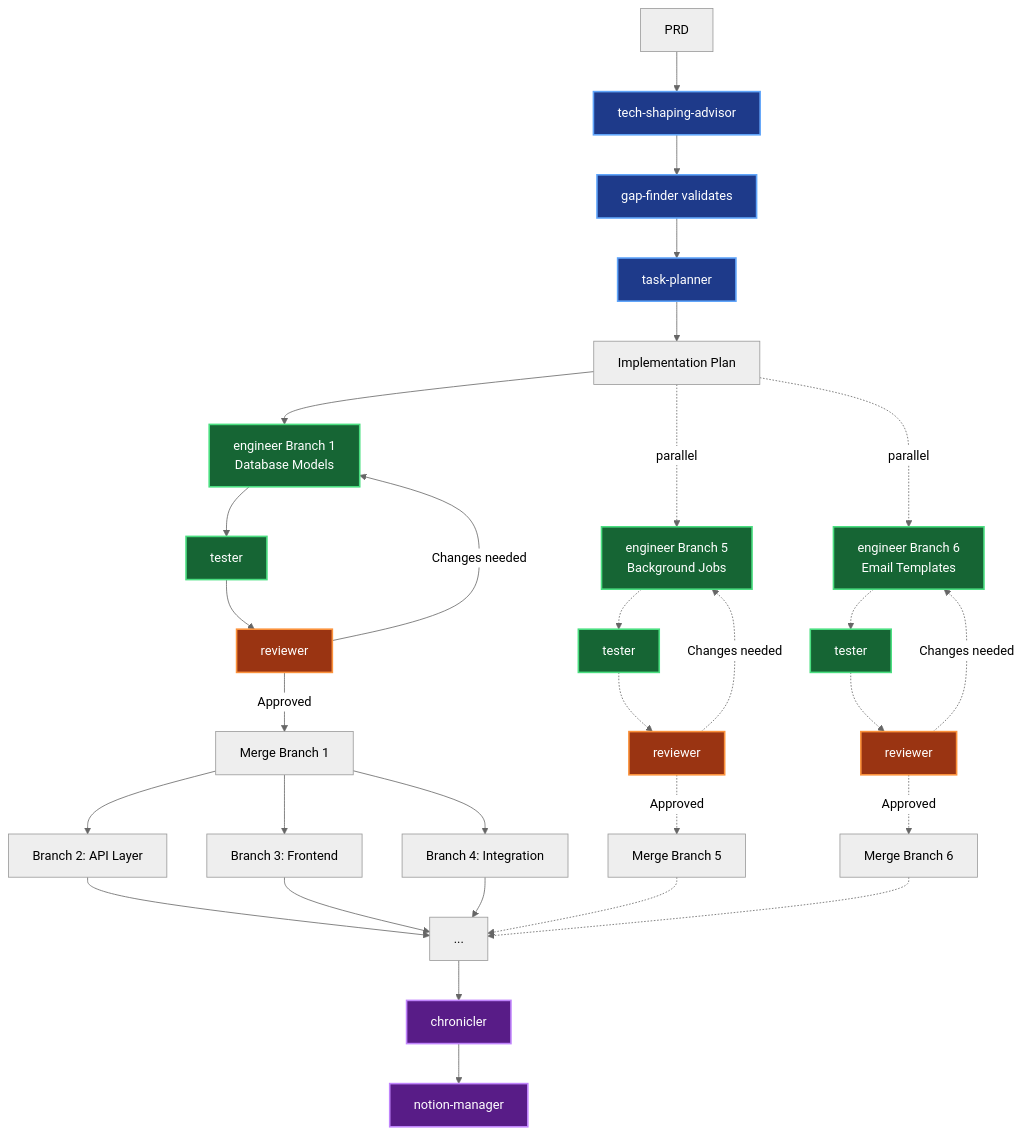
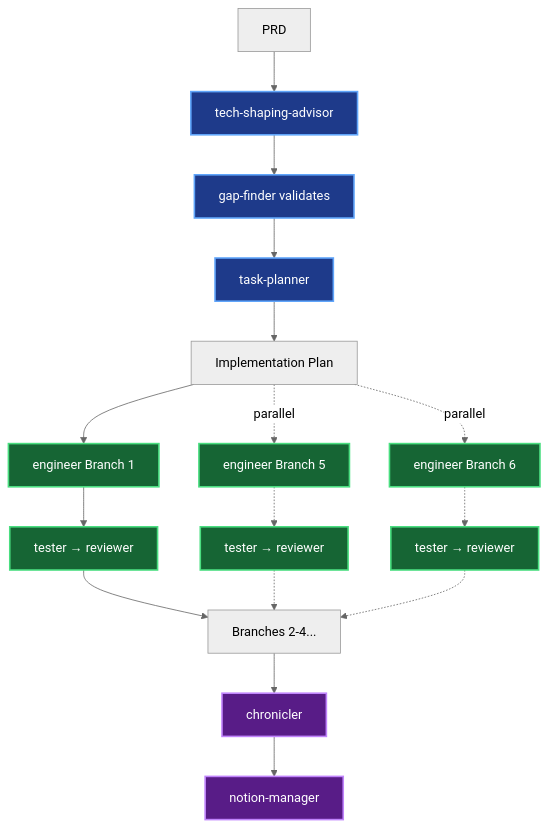
Before and after one commit to andymai/claude-agent-team: the diagram in README.md, drawn with Mermaid (neutral theme).

Commit message:
Simplify workflow diagram for clarity
- Condensed tester → reviewer into single nodes
- Show key concept: parallel branches (dotted) vs sequential (solid)
- Removed excessive detail while keeping parallel execution visible

````diff
--- a/README.md
+++ b/README.md
@@ -96,50 +96,31 @@
 ```mermaid
 graph TD
     A[PRD] --> B[tech-shaping-advisor]
     B --> C[gap-finder validates]
     C --> D[task-planner]
     D --> E[Implementation Plan]
 
-    E --> F1[engineer Branch 1<br/>Database Models]
-    E -.->|parallel| F2[engineer Branch 5<br/>Background Jobs]
-    E -.->|parallel| F3[engineer Branch 6<br/>Email Templates]
+    E --> F[engineer Branch 1]
+    E -.->|parallel| G[engineer Branch 5]
+    E -.->|parallel| H[engineer Branch 6]
 
-    F1 --> G1[tester]
-    F2 -.-> G2[tester]
-    F3 -.-> G3[tester]
+    F --> I[tester → reviewer]
+    G -.-> J[tester → reviewer]
+    H -.-> K[tester → reviewer]
 
-    G1 --> H1[reviewer]
-    G2 -.-> H2[reviewer]
-    G3 -.-> H3[reviewer]
+    I --> L[Branches 2-4...]
+    J -.-> L
+    K -.-> L
 
-    H1 -->|Changes needed| F1
-    H2 -.->|Changes needed| F2
-    H3 -.->|Changes needed| F3
-
-    H1 -->|Approved| I1[Merge Branch 1]
-    H2 -.->|Approved| I2[Merge Branch 5]
-    H3 -.->|Approved| I3[Merge Branch 6]
-
-    I1 --> J[Branch 2: API Layer]
-    I1 --> K[Branch 3: Frontend]
-    I1 --> M[Branch 4: Integration]
-
-    J --> N[...]
-    K --> N
-    M --> N
-    I2 -.-> N
-    I3 -.-> N
-
-    N --> O[chronicler]
-    O --> P[notion-manager]
+    L --> M[chronicler]
+    M --> N[notion-manager]
 
     classDef planning fill:#1e3a8a,stroke:#60a5fa,stroke-width:2px,color:#fff
     classDef implementing fill:#166534,stroke:#4ade80,stroke-width:2px,color:#fff
     classDef reviewing fill:#9a3412,stroke:#fb923c,stroke-width:2px,color:#fff
     classDef documenting fill:#581c87,stroke:#c084fc,stroke-width:2px,color:#fff
 
     class B,C,D planning
-    class F1,F2,F3,G1,G2,G3 implementing
-    class H1,H2,H3 reviewing
-    class O,P documenting
+    class F,G,H,I,J,K implementing
+    class M,N documenting
 ```
````
